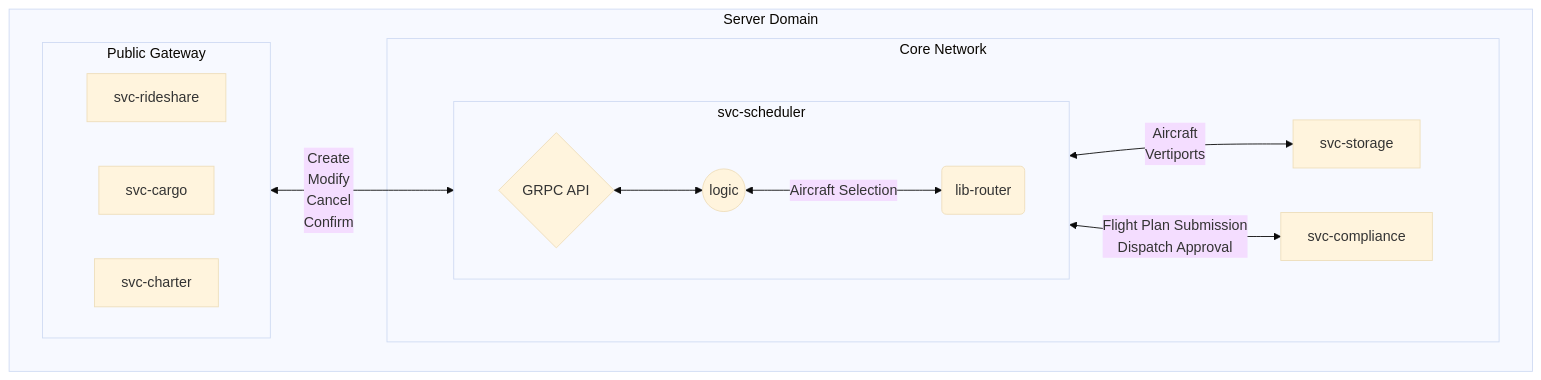
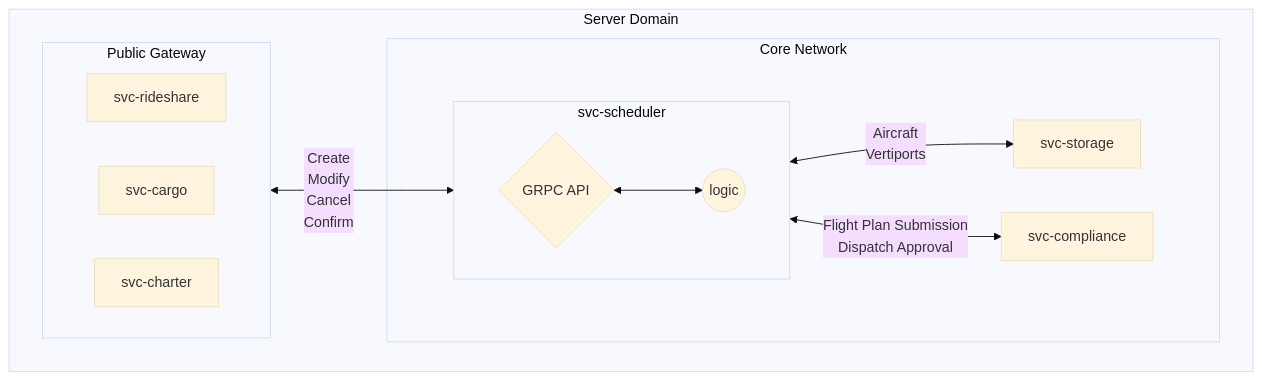
Before and after one commit to aetheric-oss/svc-scheduler: the diagram in docs/conops.md, drawn with Mermaid (base theme). The commit also changed other lines of this file and 2 other files, not shown here.

Commit message:
chore: remove references to lib-router

````diff
--- a/docs/conops.md
+++ b/docs/conops.md
@@ -34,34 +34,31 @@
 ```mermaid
 flowchart LR
   subgraph Server Domain
     direction LR
     subgraph gate [Public Gateway]
       direction LR
       rideshare[svc-rideshare]
       cargo[svc-cargo]
       charter[svc-charter]
     end
     subgraph Core Network
     subgraph p [ ]
       subgraph schedule [svc-scheduler]
         direction LR
         api{GRPC API}
         logic((logic))
-        rout(lib-router)
-
         api <--> logic
-        logic <-- Aircraft Selection --> rout
       end
       storage[svc-storage]
       compliance[svc-compliance]
     end
     end
   end
 
   gate <-- Create<br>Modify<br>Cancel<br>Confirm --> api
   logic <-- Aircraft<br>Vertiports --> storage
   logic <-- Flight Plan Submission<br>Dispatch Approval--> compliance
 
 classDef subgraph_padding fill:none,stroke:none
 class p subgraph_padding
 ```
````
